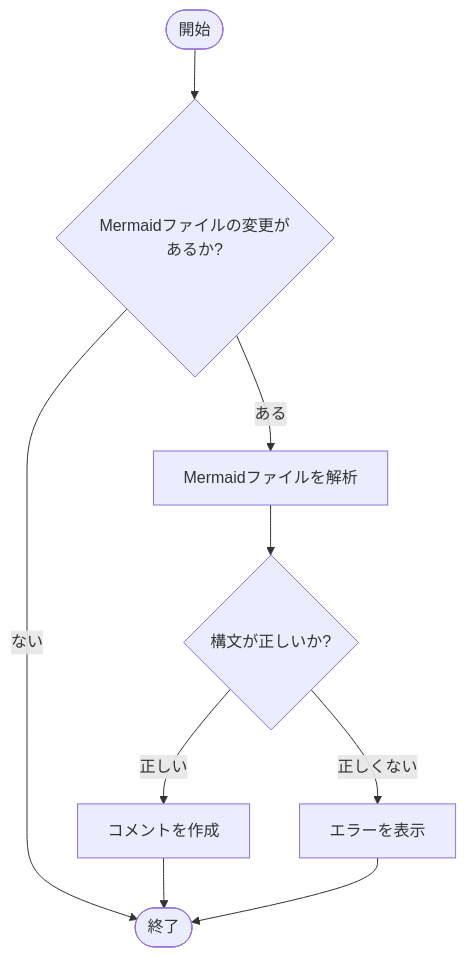
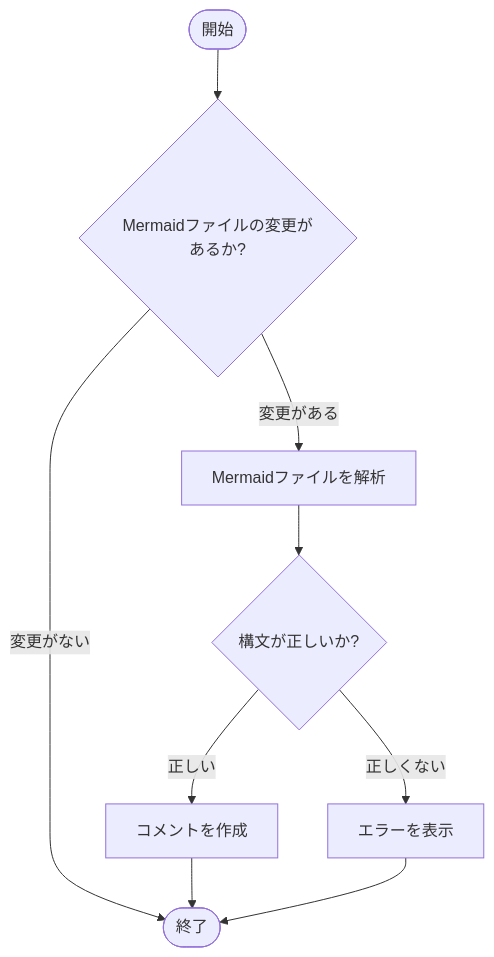
The diagram in docs/mermaid/flowchart.mmd (kokatsu/floerkea), drawn with Mermaid before and after one commit.

Commit message:
docs(mermaid): change wording

```diff
--- a/docs/mermaid/flowchart.mmd
+++ b/docs/mermaid/flowchart.mmd
@@ -1,9 +1,9 @@
 flowchart TD
 Start([開始]) --> CheckFile{Mermaidファイルの変更があるか?}
-CheckFile --> |ある| Parse[Mermaidファイルを解析]
-CheckFile --> |ない| End([終了])
+CheckFile --> |変更がある| Parse[Mermaidファイルを解析]
+CheckFile --> |変更がない| End([終了])
 Parse --> Validate{構文が正しいか?}
 Validate --> |正しい| Comment[コメントを作成]
 Validate --> |正しくない| Error[エラーを表示]
 Comment --> End
 Error --> End
```
